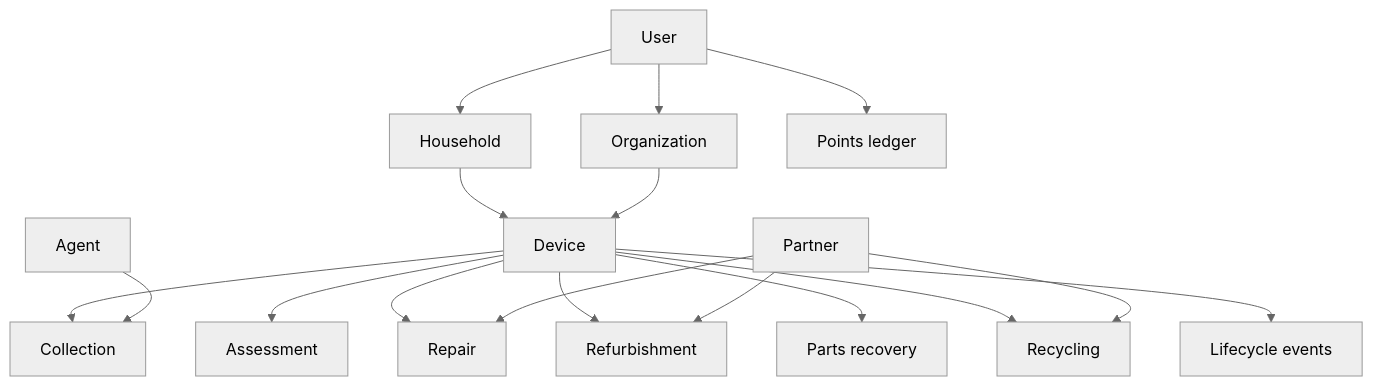
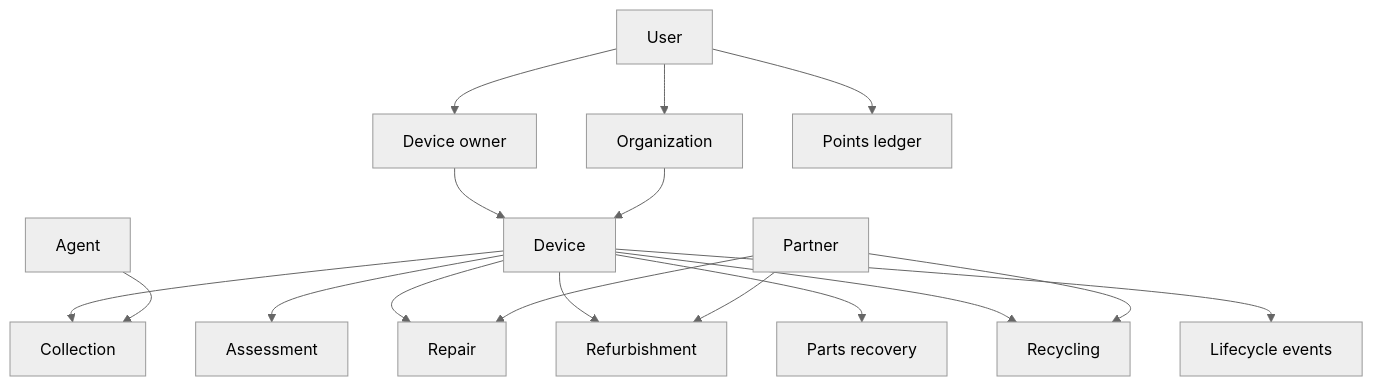
Before and after one commit to Officialsalim12/E-Circularity-Salone-Mobile-App: the diagram in docs/architecture/database.md, drawn with Mermaid (neutral theme). The commit also changed other lines of this file and 21 other files, not shown here.

Commit message:
Use device owner as the role name and record the pilot setup in the README.

````diff
--- a/docs/architecture/database.md
+++ b/docs/architecture/database.md
@@ -11,34 +11,34 @@
 ```mermaid
 flowchart TD
   user[User]
-  household[Household]
+  deviceOwner[Device owner]
   organization[Organization]
   points[Points ledger]
   device[Device]
   collection[Collection]
   assessment[Assessment]
   repair[Repair]
   refurbishment[Refurbishment]
   parts[Parts recovery]
   recycling[Recycling]
   events[Lifecycle events]
   agent[Agent]
   partner[Partner]
 
-  user --> household
+  user --> deviceOwner
   user --> organization
   user --> points
-  household --> device
+  deviceOwner --> device
   organization --> device
   device --> collection
   device --> assessment
   device --> repair
   device --> refurbishment
   device --> parts
   device --> recycling
   device --> events
   agent --> collection
   partner --> repair
   partner --> refurbishment
   partner --> recycling
 ```
````
